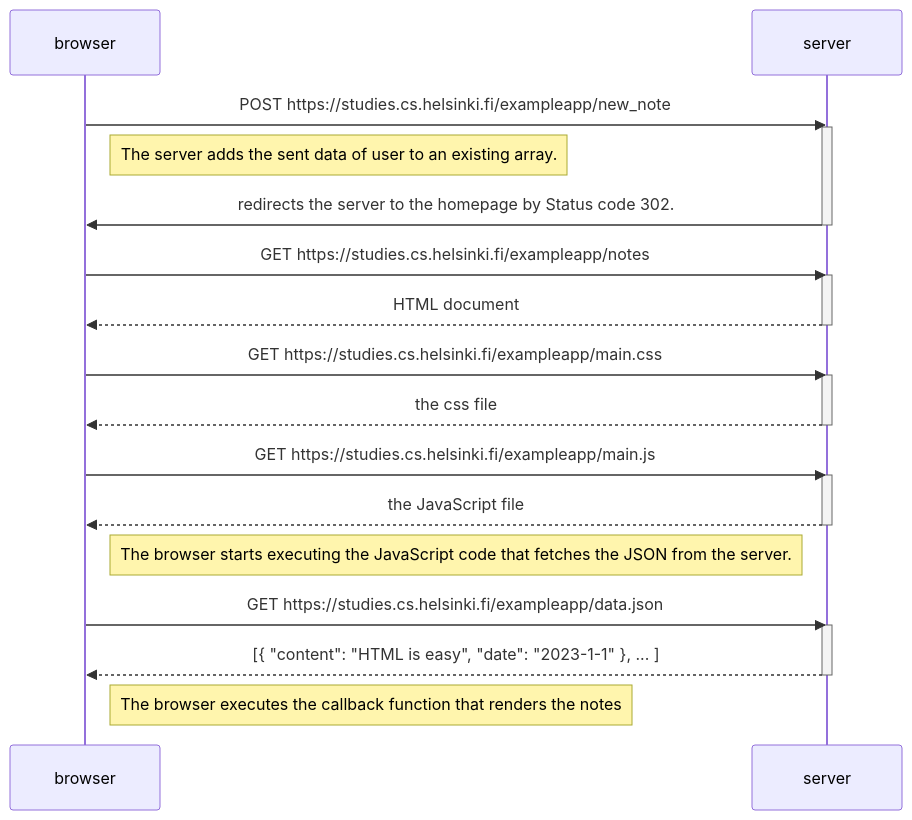
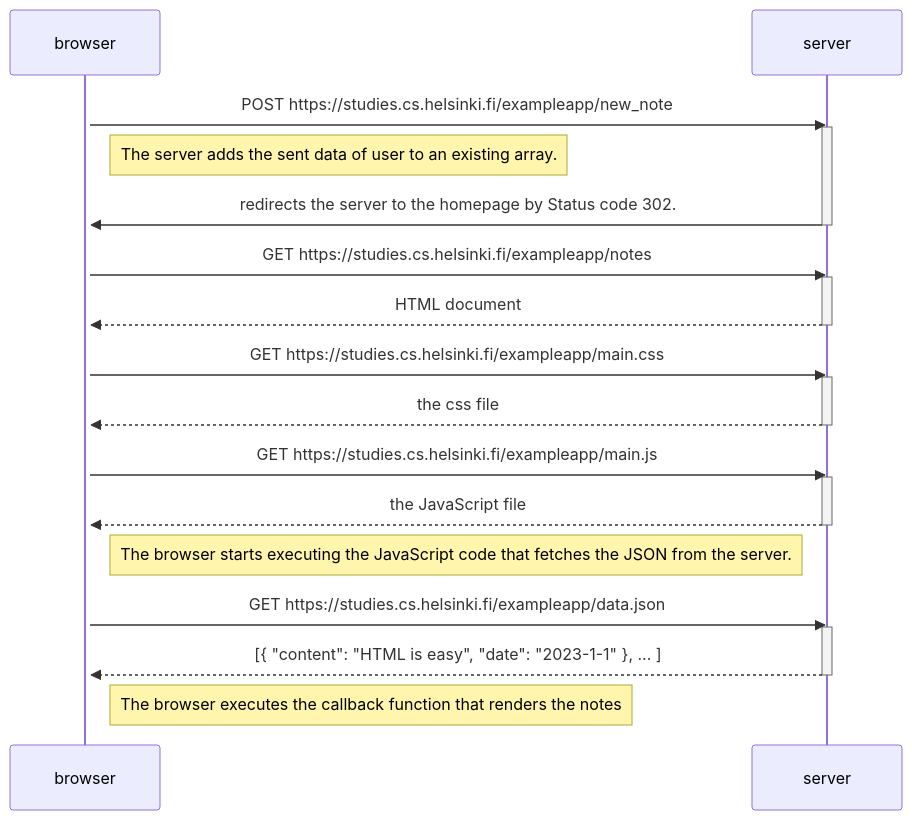
One commit to AlexandruStefanGherhes/FullStackOpen changed the diagram in part0/README.MD. Above: the diagram before and after it, drawn with Mermaid.

````diff
--- a/part0/README.MD
+++ b/part0/README.MD
@@ -1,35 +1,35 @@
 ```mermaid
 sequenceDiagram
     participant browser
     participant server
-
+    activate browser
     browser->>server: POST https://studies.cs.helsinki.fi/exampleapp/new_note
     activate server
     Note right of browser: The server adds the sent data of user to an existing array.
     server->>browser: redirects the server to the homepage by Status code 302.
     deactivate server
     browser->>server: GET https://studies.cs.helsinki.fi/exampleapp/notes
     activate server
     server-->>browser: HTML document
     deactivate server
 
     browser->>server: GET https://studies.cs.helsinki.fi/exampleapp/main.css
     activate server
     server-->>browser: the css file
     deactivate server
 
     browser->>server: GET https://studies.cs.helsinki.fi/exampleapp/main.js
     activate server
     server-->>browser: the JavaScript file
     deactivate server
 
     Note right of browser: The browser starts executing the JavaScript code that fetches the JSON from the server.
 
     browser->>server: GET https://studies.cs.helsinki.fi/exampleapp/data.json
     activate server
     server-->>browser: [{ "content": "HTML is easy", "date": "2023-1-1" }, ... ]
     deactivate server
 
     Note right of browser: The browser executes the callback function that renders the notes
 
 ```
````
